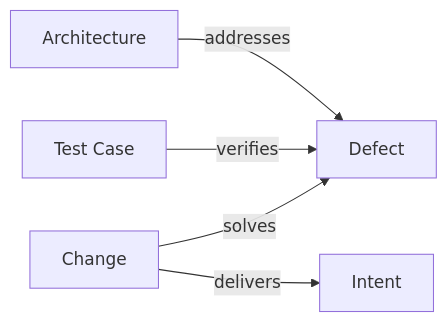
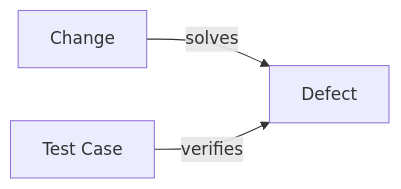
Before and after one commit to Kai-Hacks-AI/KAAL: the diagram in engineering/metamodel/views/hotfix.md, drawn with Mermaid. The commit also changed other lines of this file and 7 other files, not shown here.

````diff
--- a/engineering/metamodel/views/hotfix.md
+++ b/engineering/metamodel/views/hotfix.md
@@ -14,7 +12,5 @@
 ```mermaid
 flowchart LR
-  Architecture -->|addresses| Defect
+  Change -->|solves| Defect
   TestCase["Test Case"] -->|verifies| Defect
-  Change -->|solves| Defect
-  Change -->|delivers| Intent
 ```
````
